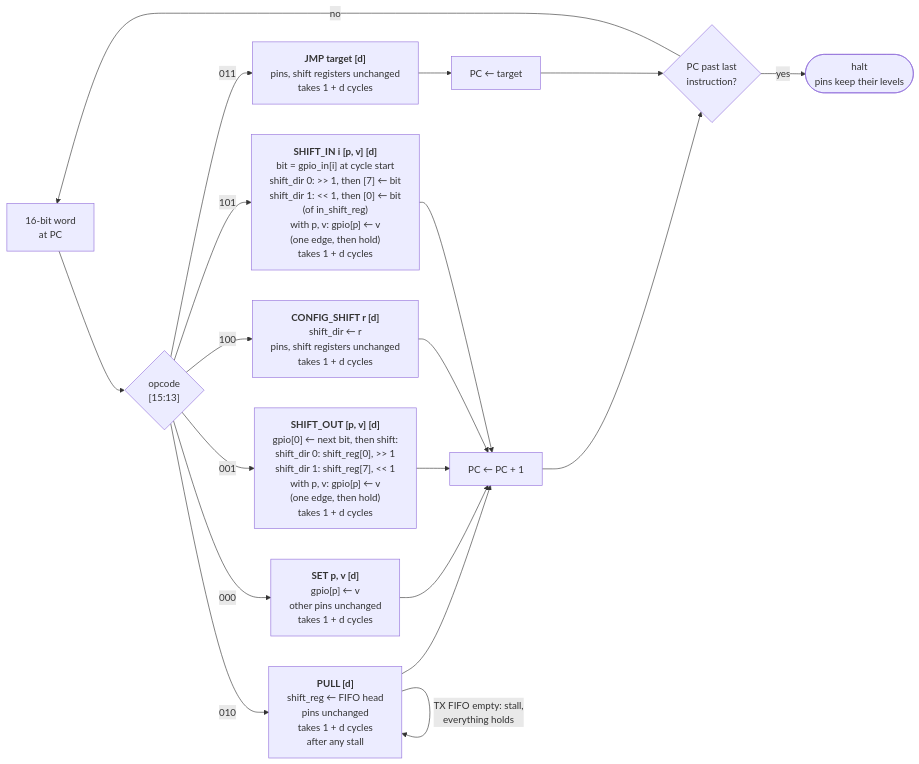
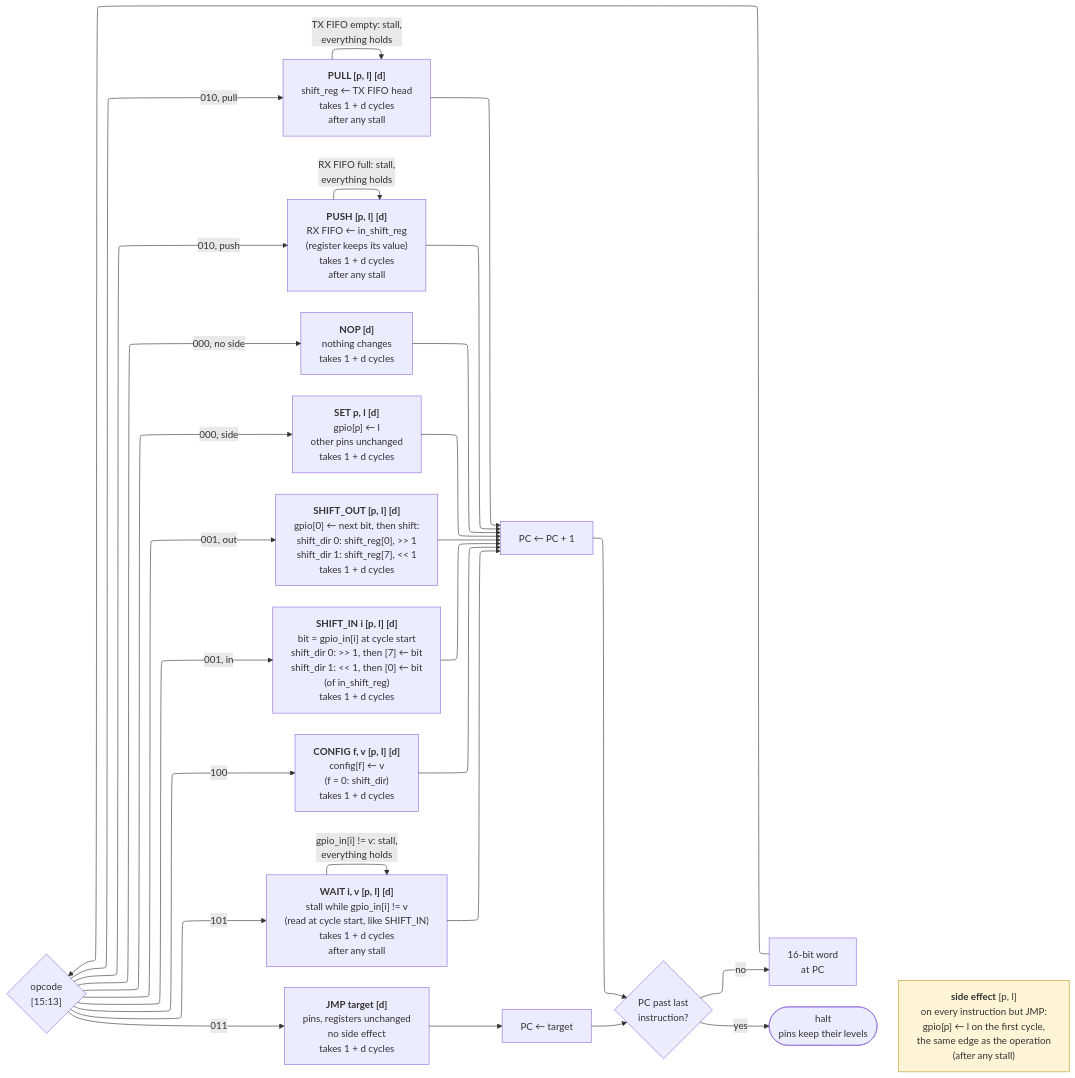
One commit to cshieldsce/smallcore changed the diagram in docs/isa_execute.mmd. Above: the diagram before and after it, drawn with Mermaid. The commit also changed 12 other files, not shown here.

Commit message:
update diagrams for the side effect, config, push and wait

```diff
--- a/docs/isa_execute.mmd
+++ b/docs/isa_execute.mmd
@@ -1,20 +1,30 @@
 %%{init: {"flowchart": {"wrappingWidth": 260}}}%%
-flowchart LR
+flowchart-elk LR
   W["16-bit word<br/>at PC"] --> OP{"opcode<br/>[15:13]"}
-  OP -->|010| PULL["<b>PULL [d]</b><br/>shift_reg ← FIFO head<br/>pins unchanged<br/>takes 1 + d cycles<br/>after any stall"]
+  OP -->|"010, pull"| PULL["<b>PULL [p, l] [d]</b><br/>shift_reg ← TX FIFO head<br/>takes 1 + d cycles<br/>after any stall"]
   PULL -->|"TX FIFO empty: stall,<br/>everything holds"| PULL
-  OP -->|000| SET["<b>SET p, v [d]</b><br/>gpio[p] ← v<br/>other pins unchanged<br/>takes 1 + d cycles"]
-  OP -->|001| SHIFT["<b>SHIFT_OUT [p, v] [d]</b><br/>gpio[0] ← next bit, then shift:<br/>shift_dir 0: shift_reg[0], >> 1<br/>shift_dir 1: shift_reg[7], << 1<br/>with p, v: gpio[p] ← v<br/>(one edge, then hold)<br/>takes 1 + d cycles"]
-  OP -->|011| JMP["<b>JMP target [d]</b><br/>pins, shift registers unchanged<br/>takes 1 + d cycles"]
-  OP -->|100| CFG["<b>CONFIG_SHIFT r [d]</b><br/>shift_dir ← r<br/>pins, shift registers unchanged<br/>takes 1 + d cycles"]
-  OP -->|101| SHIN["<b>SHIFT_IN i [p, v] [d]</b><br/>bit = gpio_in[i] at cycle start<br/>shift_dir 0: >> 1, then [7] ← bit<br/>shift_dir 1: << 1, then [0] ← bit<br/>(of in_shift_reg)<br/>with p, v: gpio[p] ← v<br/>(one edge, then hold)<br/>takes 1 + d cycles"]
+  OP -->|"010, push"| PUSH["<b>PUSH [p, l] [d]</b><br/>RX FIFO ← in_shift_reg<br/>(register keeps its value)<br/>takes 1 + d cycles<br/>after any stall"]
+  PUSH -->|"RX FIFO full: stall,<br/>everything holds"| PUSH
+  OP -->|"000, no side"| NOP["<b>NOP [d]</b><br/>nothing changes<br/>takes 1 + d cycles"]
+  OP -->|"000, side"| SET["<b>SET p, l [d]</b><br/>gpio[p] ← l<br/>other pins unchanged<br/>takes 1 + d cycles"]
+  OP -->|"001, out"| SHIFT["<b>SHIFT_OUT [p, l] [d]</b><br/>gpio[0] ← next bit, then shift:<br/>shift_dir 0: shift_reg[0], >> 1<br/>shift_dir 1: shift_reg[7], << 1<br/>takes 1 + d cycles"]
+  OP -->|"001, in"| SHIN["<b>SHIFT_IN i [p, l] [d]</b><br/>bit = gpio_in[i] at cycle start<br/>shift_dir 0: >> 1, then [7] ← bit<br/>shift_dir 1: << 1, then [0] ← bit<br/>(of in_shift_reg)<br/>takes 1 + d cycles"]
+  OP -->|100| CFG["<b>CONFIG f, v [p, l] [d]</b><br/>config[f] ← v<br/>(f = 0: shift_dir)<br/>takes 1 + d cycles"]
+  OP -->|101| WAIT["<b>WAIT i, v [p, l] [d]</b><br/>stall while gpio_in[i] != v<br/>(read at cycle start, like SHIFT_IN)<br/>takes 1 + d cycles<br/>after any stall"]
+  WAIT -->|"gpio_in[i] != v: stall,<br/>everything holds"| WAIT
+  OP -->|011| JMP["<b>JMP target [d]</b><br/>pins, registers unchanged<br/>no side effect<br/>takes 1 + d cycles"]
   PULL --> NEXT["PC ← PC + 1"]
+  PUSH --> NEXT
+  NOP --> NEXT
   SET --> NEXT
   SHIFT --> NEXT
+  SHIN --> NEXT
   CFG --> NEXT
-  SHIN --> NEXT
+  WAIT --> NEXT
   JMP --> JNEXT["PC ← target"]
+  HALT ~~~ SIDE["<b>side effect</b> [p, l]<br/>on every instruction but JMP:<br/>gpio[p] ← l on the first cycle,<br/>the same edge as the operation<br/>(after any stall)"]
   NEXT --> END{"PC past last<br/>instruction?"}
   JNEXT --> END
   END -->|no| W
   END -->|yes| HALT(["halt<br/>pins keep their levels"])
+  style SIDE fill:#fff4d6,stroke:#c49a2a
```
